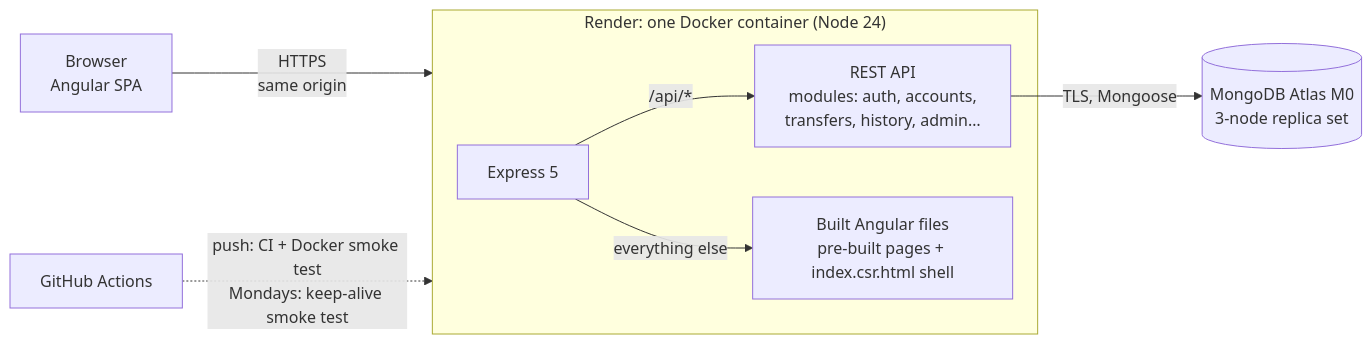
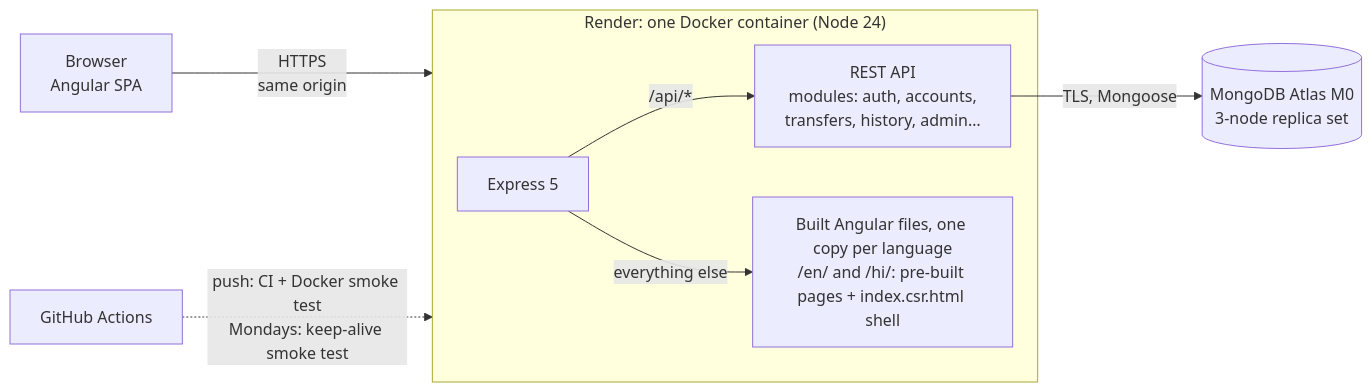
Before and after one commit to sisirbehera/neobank: the first of 6 diagrams in docs/architecture.md, drawn with Mermaid. The commit also changed other lines of this file and 79 other files, not shown here.

First line of the commit message:
Day 10: English and Hindi with Angular's built-in i18n

````diff
--- a/docs/architecture.md
+++ b/docs/architecture.md
@@ -7,11 +7,11 @@
 ```mermaid
 flowchart LR
   B["Browser<br/>Angular SPA"] -- "HTTPS<br/>same origin" --> R
   subgraph R["Render: one Docker container (Node 24)"]
     E["Express 5"]
     E -- "/api/*" --> API["REST API<br/>modules: auth, accounts,<br/>transfers, history, admin…"]
-    E -- "everything else" --> S["Built Angular files<br/>pre-built pages + index.csr.html shell"]
+    E -- "everything else" --> S["Built Angular files, one copy per language<br/>/en/ and /hi/: pre-built pages + index.csr.html shell"]
   end
   API -- "TLS, Mongoose" --> M[("MongoDB Atlas M0<br/>3-node replica set")]
   GH["GitHub Actions"] -. "push: CI + Docker smoke test<br/>Mondays: keep-alive smoke test" .-> R
 ```
````
